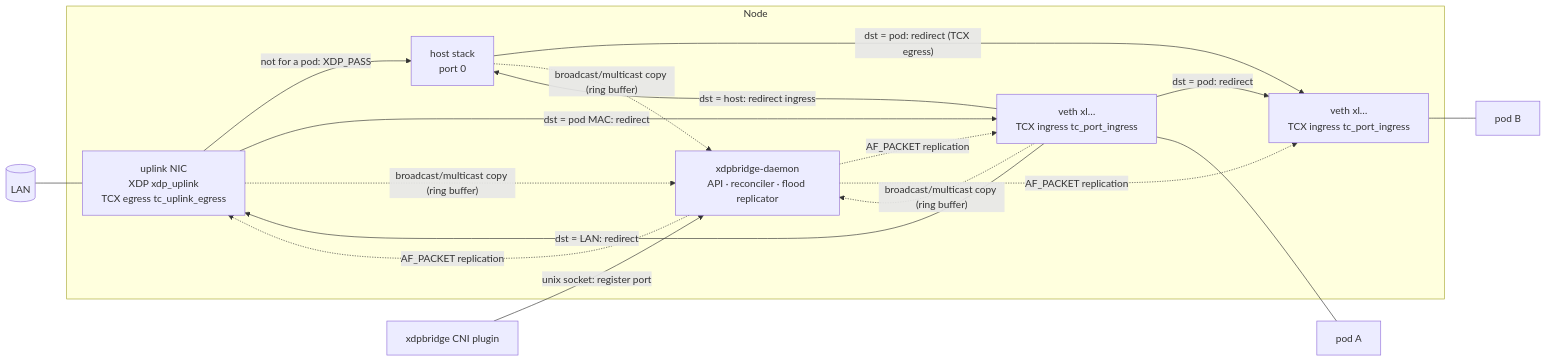
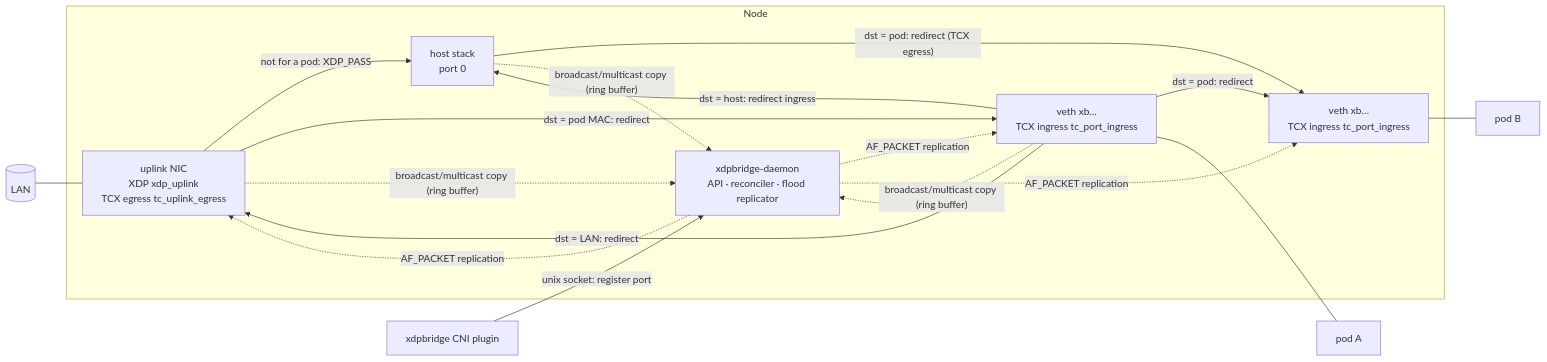
Before and after one commit to tsuzu/xdpbridge: the diagram in README.md, drawn with Mermaid. The commit also changed other lines of this file and 5 other files, not shown here.

````diff
--- a/README.md
+++ b/README.md
@@ -28,22 +28,22 @@
 ```mermaid
 flowchart LR
   LAN[(LAN)] --- NIC
   subgraph node[Node]
     NIC["uplink NIC<br/>XDP xdp_uplink<br/>TCX egress tc_uplink_egress"]
     HOST[host stack<br/>port 0]
     DAEMON[xdpbridge-daemon<br/>API · reconciler · flood replicator]
-    VA["veth xl…<br/>TCX ingress tc_port_ingress"]
-    VB["veth xl…<br/>TCX ingress tc_port_ingress"]
+    VA["veth xb…<br/>TCX ingress tc_port_ingress"]
+    VB["veth xb…<br/>TCX ingress tc_port_ingress"]
     NIC -- "not for a pod: XDP_PASS" --> HOST
     NIC -- "dst = pod MAC: redirect" --> VA
     VA -- "dst = host: redirect ingress" --> HOST
     VA -- "dst = pod: redirect" --> VB
     VA -- "dst = LAN: redirect" --> NIC
     HOST -- "dst = pod: redirect (TCX egress)" --> VB
     NIC & VA & HOST -. "broadcast/multicast copy (ring buffer)" .-> DAEMON
     DAEMON -. "AF_PACKET replication" .-> VA & VB & NIC
   end
   VA --- PA[pod A]
   VB --- PB[pod B]
   CNI[xdpbridge CNI plugin] -- "unix socket: register port" --> DAEMON
 ```
````
